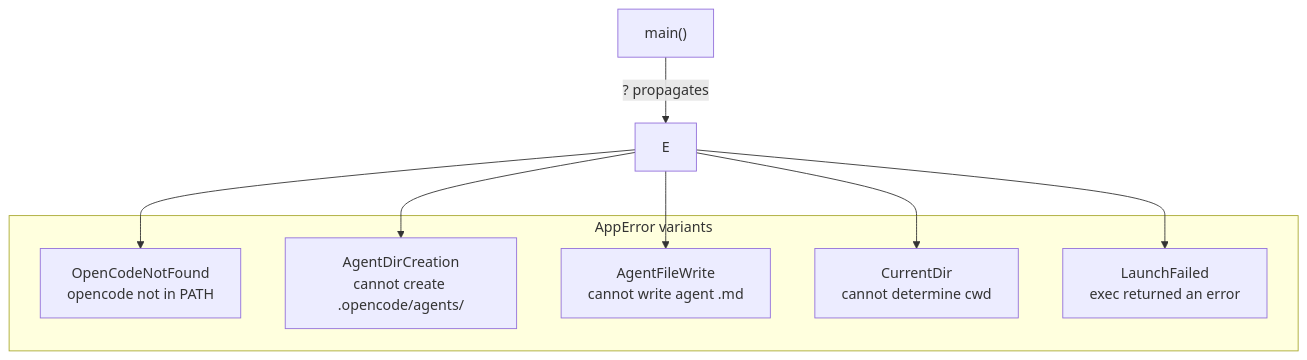
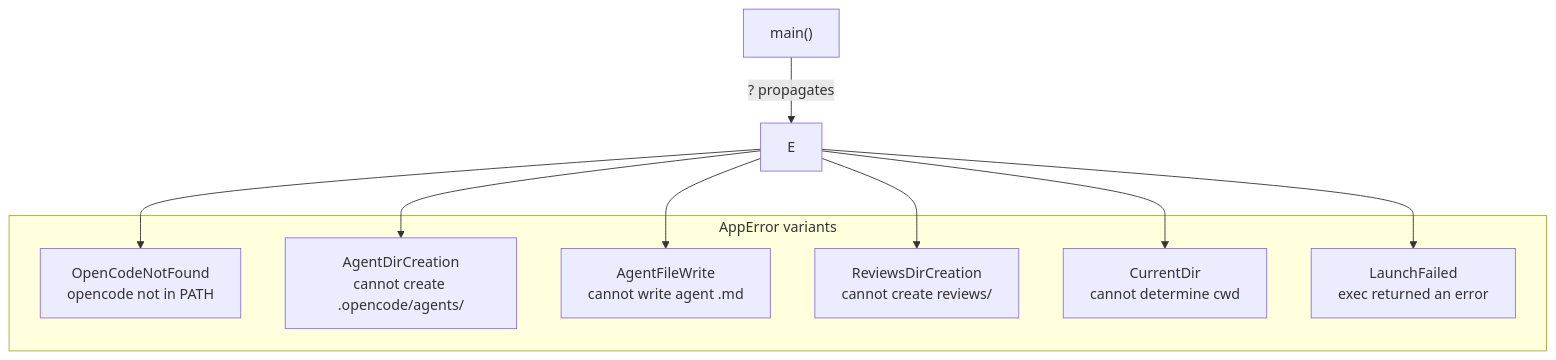
Before and after one commit to vansweej/architecture_prompts: the eighth of 10 diagrams in docs/architecture.md, drawn with Mermaid. The commit also changed other lines of this file and 8 other files, not shown here.

````diff
--- a/docs/architecture.md
+++ b/docs/architecture.md
@@ -251,14 +296,15 @@
 ```mermaid
 flowchart TD
     main["main()"] -->|"?  propagates"| E
 
     subgraph errors["AppError variants"]
         E1[OpenCodeNotFound\nopencode not in PATH]
         E2[AgentDirCreation\ncannot create .opencode/agents/]
         E3[AgentFileWrite\ncannot write agent .md]
-        E4[CurrentDir\ncannot determine cwd]
-        E5[LaunchFailed\nexec returned an error]
+        E4[ReviewsDirCreation\ncannot create reviews/]
+        E5[CurrentDir\ncannot determine cwd]
+        E6[LaunchFailed\nexec returned an error]
     end
 
-    E --> E1 & E2 & E3 & E4 & E5
+    E --> E1 & E2 & E3 & E4 & E5 & E6
 ```
````
